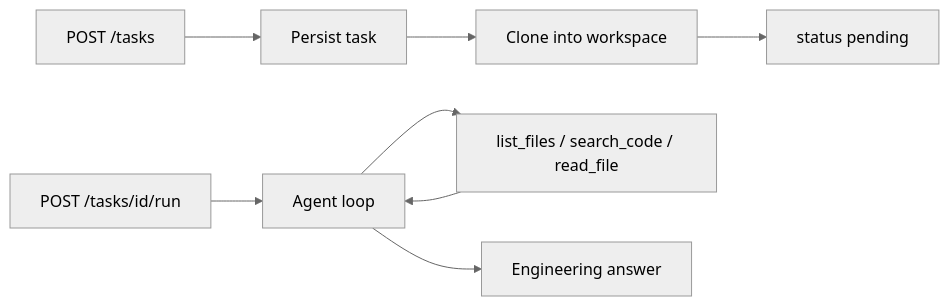
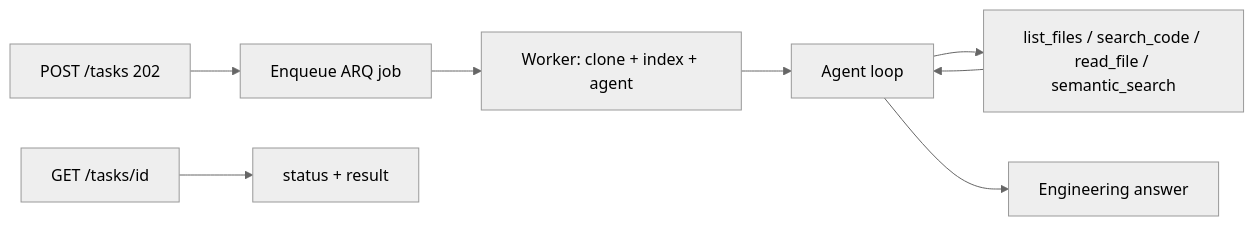
One commit to eli22443/ai-agent-platform changed the diagram in README.md. Above: the diagram before and after it, drawn with Mermaid (neutral theme). The commit also changed other lines of this file and 16 other files, not shown here.

Commit message:
feat: add background agent execution with Redis and ARQ

````diff
--- a/README.md
+++ b/README.md
@@ -18,10 +18,10 @@
 ```mermaid
 flowchart LR
-    Post["POST /tasks"] --> Persist["Persist task"]
-    Persist --> Clone["Clone into workspace"]
-    Clone --> Pending["status pending"]
-    Run["POST /tasks/id/run"] --> Loop["Agent loop"]
-    Loop --> Tools["list_files / search_code / read_file"]
+    Post["POST /tasks 202"] --> Enqueue["Enqueue ARQ job"]
+    Enqueue --> Worker["Worker: clone + index + agent"]
+    Worker --> Loop["Agent loop"]
+    Loop --> Tools["list_files / search_code / read_file / semantic_search"]
     Tools --> Loop
     Loop --> Answer["Engineering answer"]
+    Poll["GET /tasks/id"] --> Status["status + result"]
 ```
````
